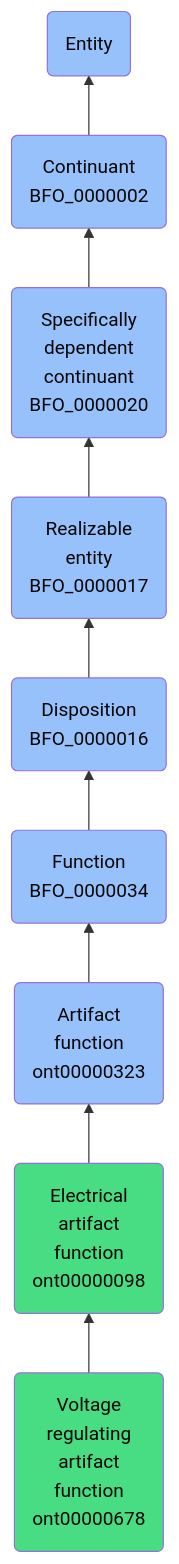
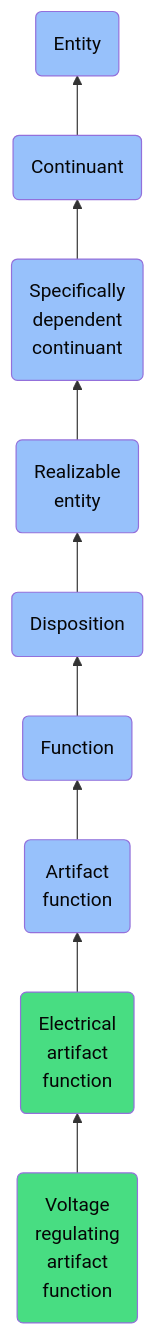
Before and after one commit to jupyter-naas/abi: the diagram in docs/ontology/reference/model/Entity/Continuant/Specifically dependent continuant/Realizable entity/Disposition/Function/Artifact function/Electrical artifact function/Voltage regulating artifact function/Voltage regulating artifact function.md, drawn with Mermaid. The commit also changed other lines of this file and 1430 other files, not shown here.

````diff
--- a/docs/ontology/reference/model/Entity/Continuant/Specifically dependent continuant/Realizable entity/Disposition/Function/Artifact function/Electrical artifact function/Voltage regulating artifact function/Voltage regulating artifact function.md
+++ b/docs/ontology/reference/model/Entity/Continuant/Specifically dependent continuant/Realizable entity/Disposition/Function/Artifact function/Electrical artifact function/Voltage regulating artifact function/Voltage regulating artifact function.md
@@ -24,16 +24,16 @@
 ```mermaid
 graph BT
-    ont00000678(Voltage<br>regulating<br>artifact<br>function<br>ont00000678):::ABI-->ont00000098
-    ont00000098(Electrical<br>artifact<br>function<br>ont00000098):::ABI-->ont00000323
-    ont00000323(Artifact<br>function<br>ont00000323):::BFO-->BFO_0000034
-    BFO_0000034(Function<br>BFO_0000034):::BFO-->BFO_0000016
-    BFO_0000016(Disposition<br>BFO_0000016):::BFO-->BFO_0000017
-    BFO_0000017(Realizable<br>entity<br>BFO_0000017):::BFO-->BFO_0000020
-    BFO_0000020(Specifically<br>dependent<br>continuant<br>BFO_0000020):::BFO-->BFO_0000002
-    BFO_0000002(Continuant<br>BFO_0000002):::BFO-->BFO_0000001
+    ont00000678(Voltage<br>regulating<br>artifact<br>function):::ABI-->ont00000098
+    ont00000098(Electrical<br>artifact<br>function):::ABI-->ont00000323
+    ont00000323(Artifact<br>function):::BFO-->BFO_0000034
+    BFO_0000034(Function):::BFO-->BFO_0000016
+    BFO_0000016(Disposition):::BFO-->BFO_0000017
+    BFO_0000017(Realizable<br>entity):::BFO-->BFO_0000020
+    BFO_0000020(Specifically<br>dependent<br>continuant):::BFO-->BFO_0000002
+    BFO_0000002(Continuant):::BFO-->BFO_0000001
     BFO_0000001(Entity):::BFO
     
     classDef BFO fill:#97c1fb,color:#060606
     classDef CCO fill:#e4c51e,color:#060606
     classDef ABI fill:#48DD82,color:#060606
 ```
````
